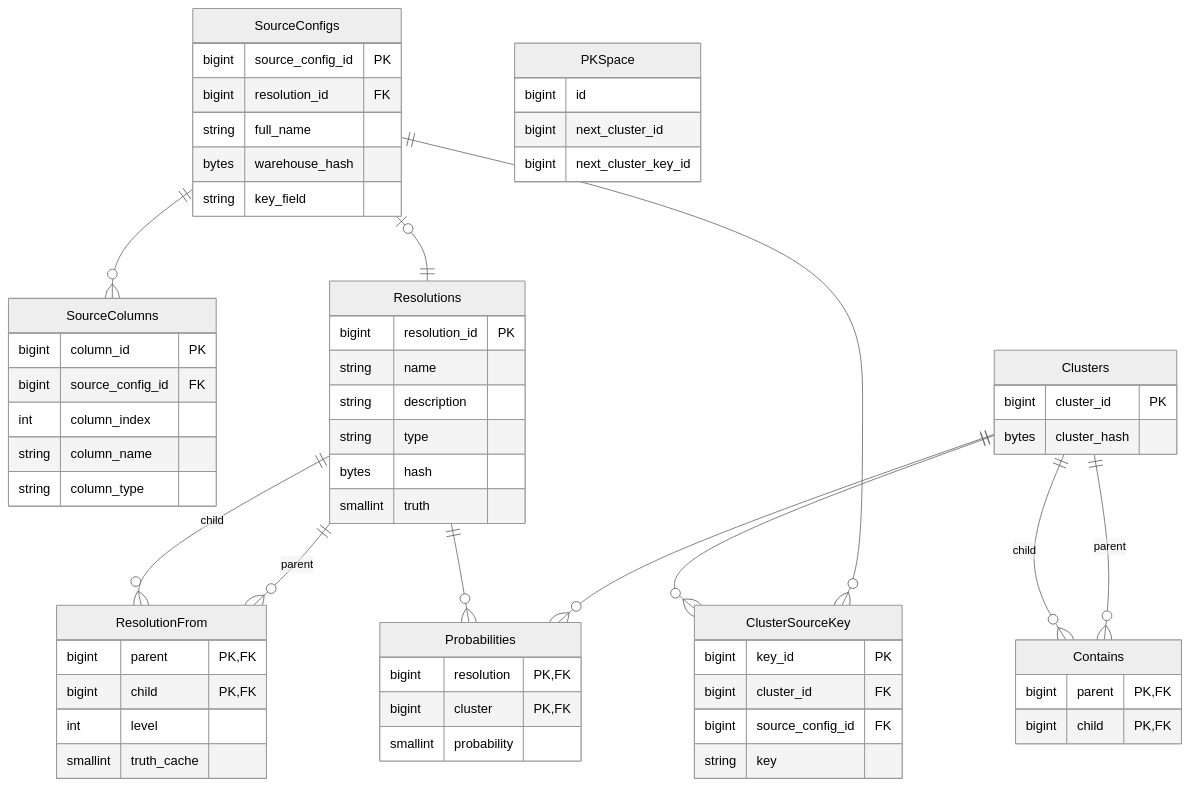
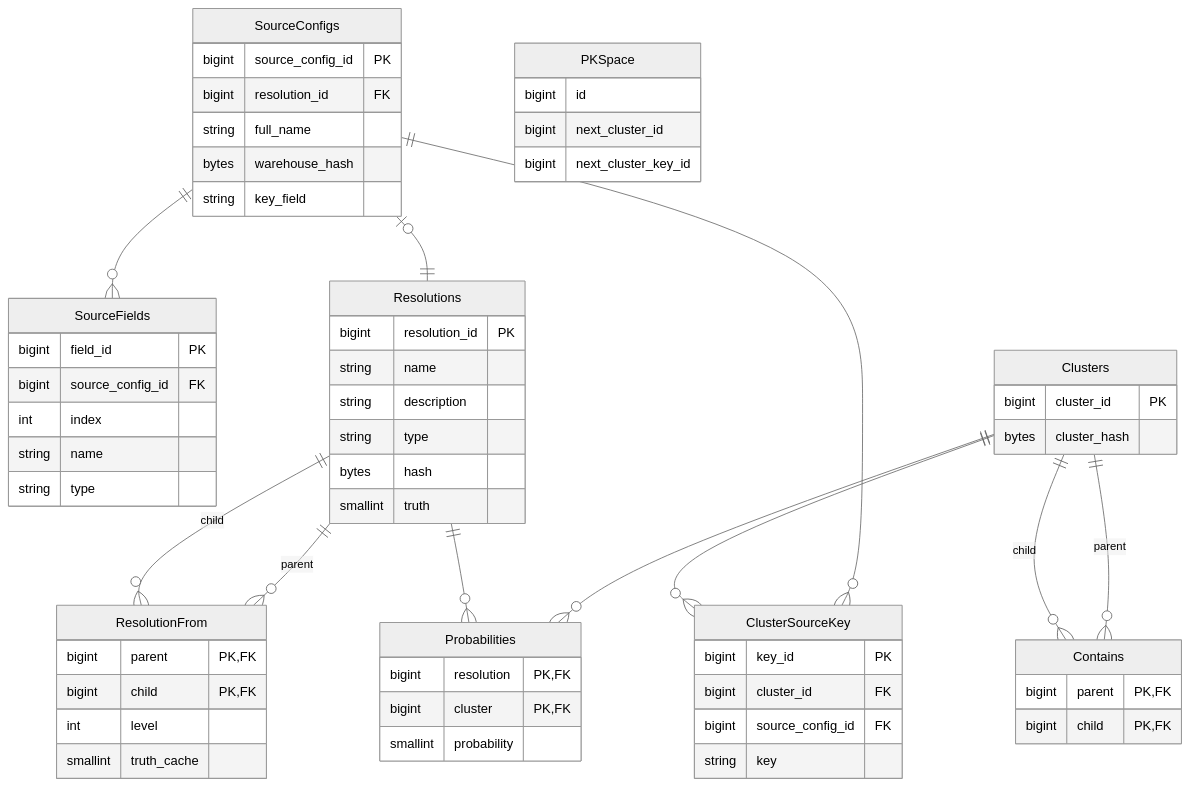
One commit to will-langdale/matchbox changed the diagram in docs/api/server/backends/postgresql.md. Above: the diagram before and after it, drawn with Mermaid (neutral theme). The commit also changed 29 other files, not shown here.

Commit message:
Renamed SourceColumns to SourceFields throughout the codebase.

````diff
--- a/docs/api/server/backends/postgresql.md
+++ b/docs/api/server/backends/postgresql.md
@@ -10,66 +10,66 @@
 ```mermaid
 erDiagram
     SourceConfigs {
         bigint source_config_id PK
         bigint resolution_id FK
         string full_name
         bytes warehouse_hash
         string key_field
     }
-    SourceColumns {
-        bigint column_id PK
+    SourceFields {
+        bigint field_id PK
         bigint source_config_id FK
-        int column_index
-        string column_name
-        string column_type
+        int index
+        string name
+        string type
     }
     Clusters {
         bigint cluster_id PK
         bytes cluster_hash
     }
     ClusterSourceKey {
         bigint key_id PK
         bigint cluster_id FK
         bigint source_config_id FK
         string key
     }
     Contains {
         bigint parent PK,FK
         bigint child PK,FK
     }
     PKSpace {
         bigint id
         bigint next_cluster_id
         bigint next_cluster_key_id
     }
     Probabilities {
         bigint resolution PK,FK
         bigint cluster PK,FK
         smallint probability
     }
     Resolutions {
         bigint resolution_id PK
         string name
         string description
         string type
         bytes hash
         smallint truth
     }
     ResolutionFrom {
         bigint parent PK,FK
         bigint child PK,FK
         int level
         smallint truth_cache
     }
 
     SourceConfigs |o--|| Resolutions : ""
-    SourceConfigs ||--o{ SourceColumns : ""
+    SourceConfigs ||--o{ SourceFields : ""
     SourceConfigs ||--o{ ClusterSourceKey : ""
     Clusters ||--o{ ClusterSourceKey : ""
     Clusters ||--o{ Probabilities : ""
     Clusters ||--o{ Contains : "parent"
     Contains }o--|| Clusters : "child"
     Resolutions ||--o{ Probabilities : ""
     Resolutions ||--o{ ResolutionFrom : "parent"
     ResolutionFrom }o--|| Resolutions : "child"
 ```
````
